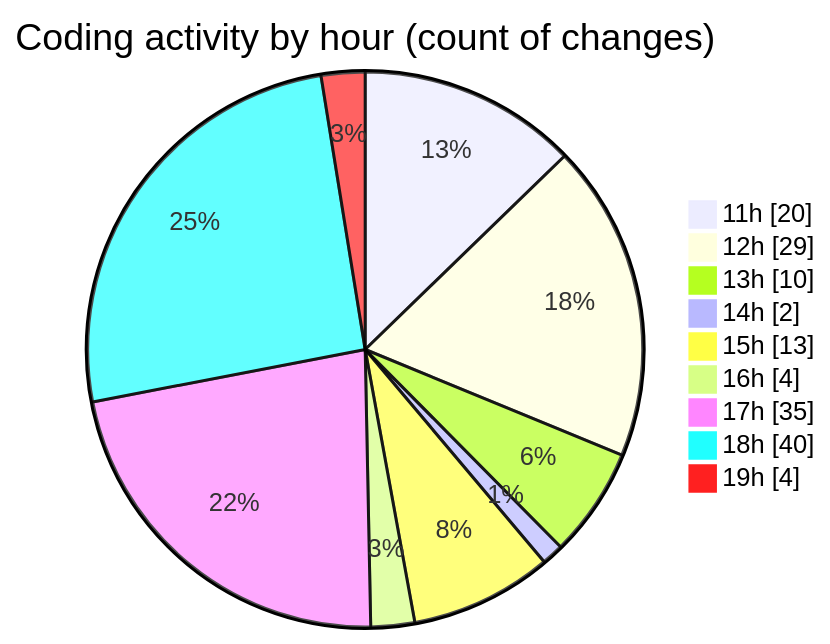
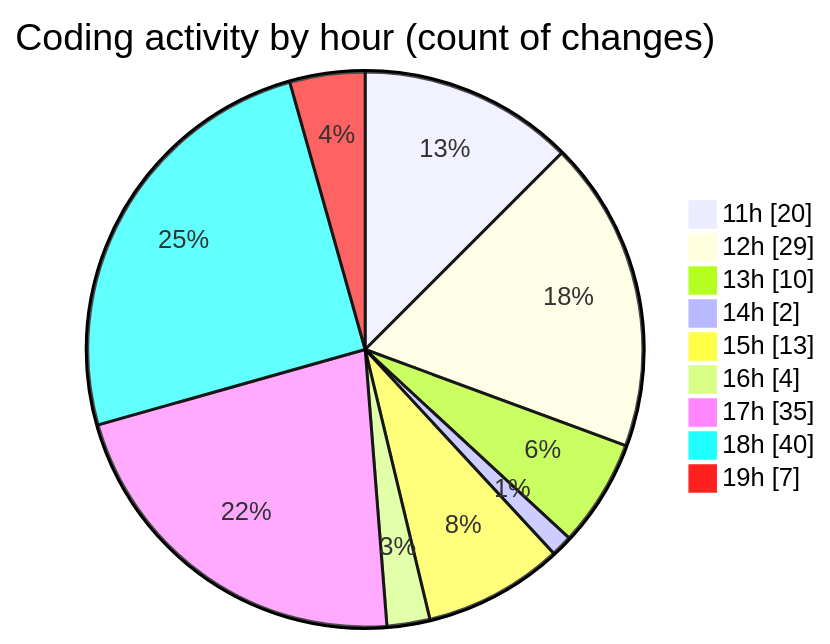
One commit to nxtqubesakshisongat/code-tracking changed the second of 2 diagrams in 2025-12-11/nxtqube_webapp/README.md. Above: the diagram before and after it, drawn with Mermaid. The commit also changed other lines of this file and 1 other file, not shown here.

````diff
--- a/2025-12-11/nxtqube_webapp/README.md
+++ b/2025-12-11/nxtqube_webapp/README.md
@@ -43,13 +43,13 @@
 ```mermaid
 pie showData
 title Coding activity by hour (count of changes)
 "11h" : 20
 "12h" : 29
 "13h" : 10
 "14h" : 2
 "15h" : 13
 "16h" : 4
 "17h" : 35
 "18h" : 40
-"19h" : 4
+"19h" : 7
 ```
````
